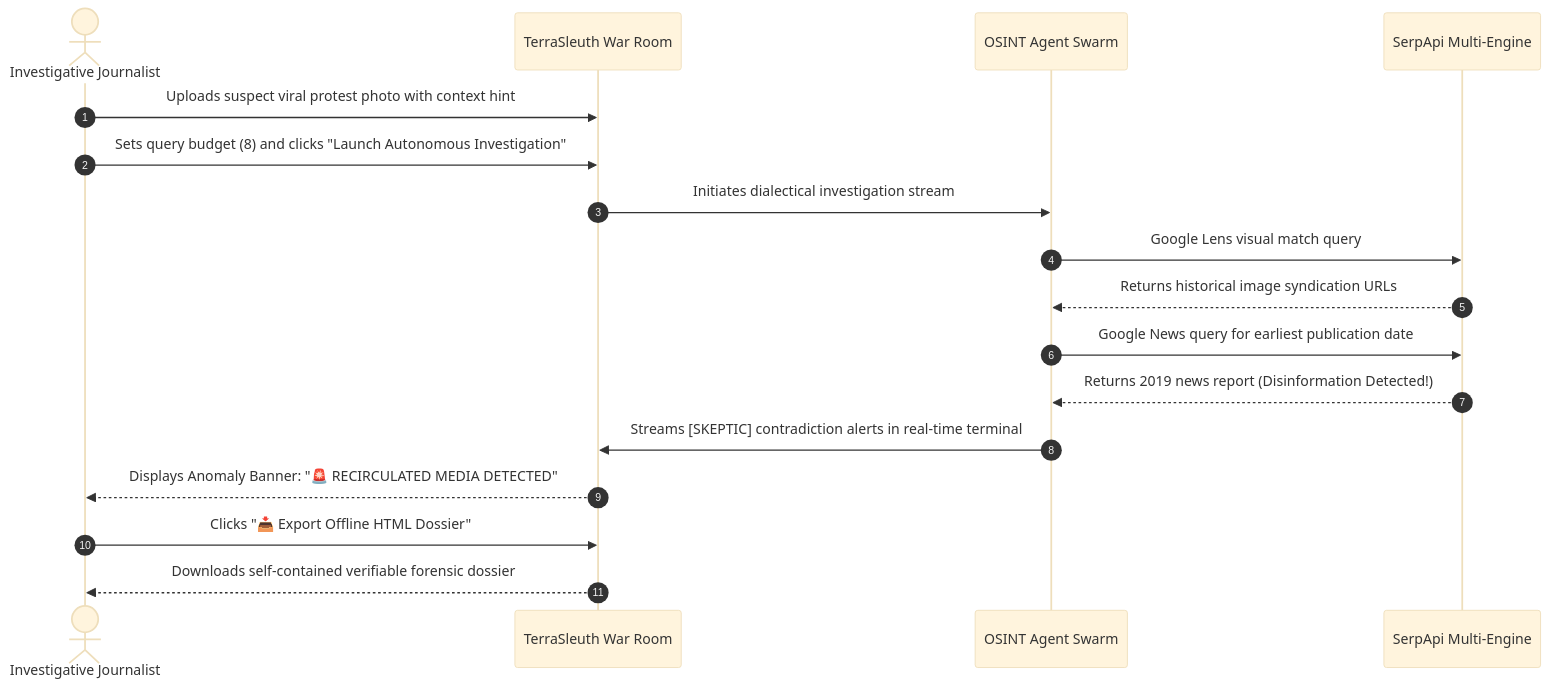
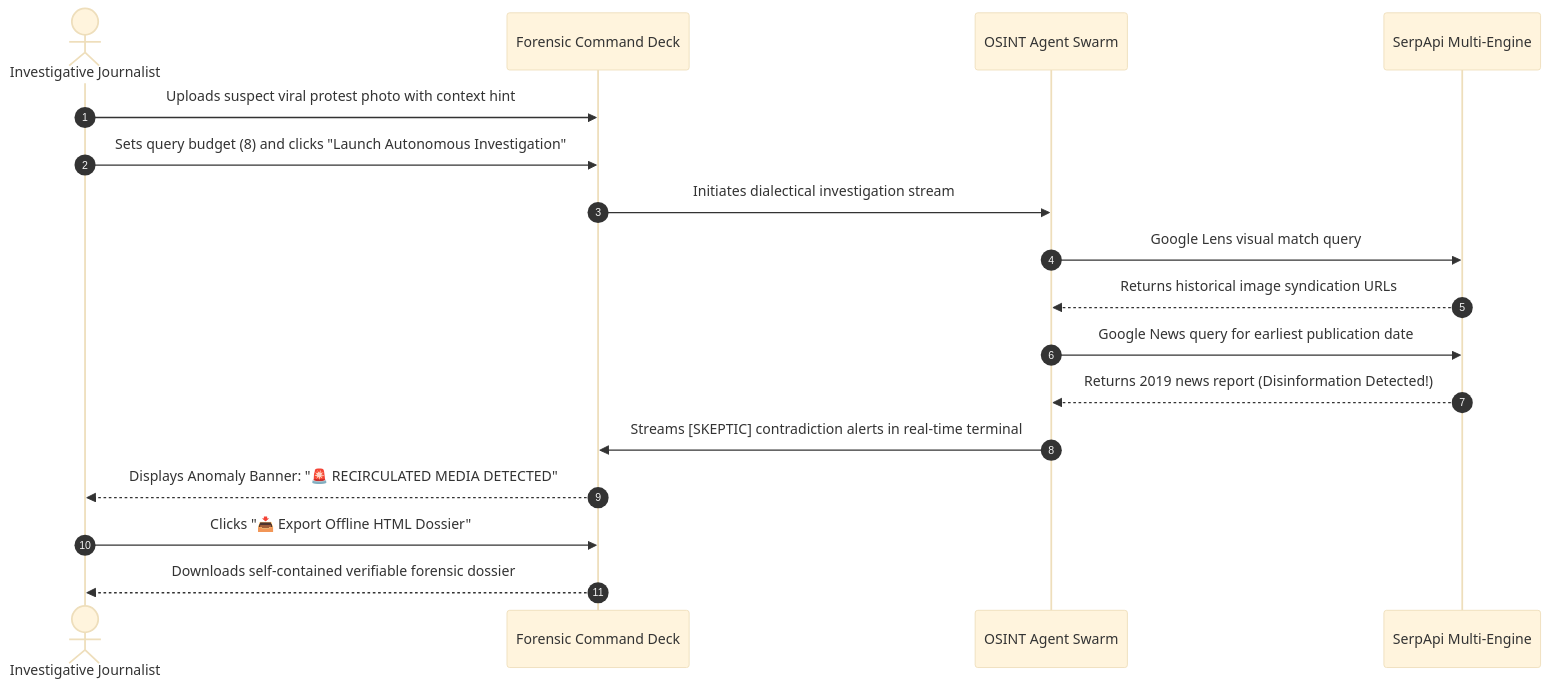
The first of 3 diagrams in C4-Documentation/c4-context.md (Siddhant75/TerraSleuth), drawn with Mermaid (base theme) before and after one commit. The commit also changed other lines of this file and 28 other files, not shown here.

Commit message:
docs(readme): overhaul architecture with LangChain and LangGraph showcase, directory map, and institutional terminology (Task 8.16)

````diff
--- a/C4-Documentation/c4-context.md
+++ b/C4-Documentation/c4-context.md
@@ -69,20 +69,20 @@
 ```mermaid
 sequenceDiagram
     autonumber
     actor Journalist as Investigative Journalist
-    participant WarRoom as TerraSleuth War Room
+    participant CommandDeck as Forensic Command Deck
     participant Swarm as OSINT Agent Swarm
     participant SerpApi as SerpApi Multi-Engine
     
-    Journalist->>WarRoom: Uploads suspect viral protest photo with context hint
-    Journalist->>WarRoom: Sets query budget (8) and clicks "Launch Autonomous Investigation"
-    WarRoom->>Swarm: Initiates dialectical investigation stream
+    Journalist->>CommandDeck: Uploads suspect viral protest photo with context hint
+    Journalist->>CommandDeck: Sets query budget (8) and clicks "Launch Autonomous Investigation"
+    CommandDeck->>Swarm: Initiates dialectical investigation stream
     Swarm->>SerpApi: Google Lens visual match query
     SerpApi-->>Swarm: Returns historical image syndication URLs
     Swarm->>SerpApi: Google News query for earliest publication date
     SerpApi-->>Swarm: Returns 2019 news report (Disinformation Detected!)
-    Swarm->>WarRoom: Streams [SKEPTIC] contradiction alerts in real-time terminal
-    WarRoom-->>Journalist: Displays Anomaly Banner: "🚨 RECIRCULATED MEDIA DETECTED"
-    Journalist->>WarRoom: Clicks "📥 Export Offline HTML Dossier"
-    WarRoom-->>Journalist: Downloads self-contained verifiable forensic dossier
+    Swarm->>CommandDeck: Streams [SKEPTIC] contradiction alerts in real-time terminal
+    CommandDeck-->>Journalist: Displays Anomaly Banner: "🚨 RECIRCULATED MEDIA DETECTED"
+    Journalist->>CommandDeck: Clicks "📥 Export Offline HTML Dossier"
+    CommandDeck-->>Journalist: Downloads self-contained verifiable forensic dossier
 ```
````
